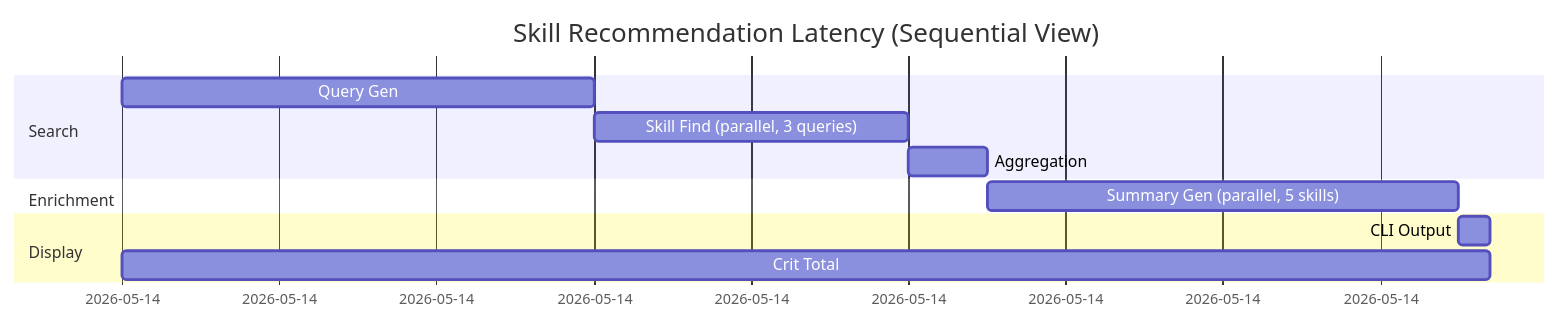
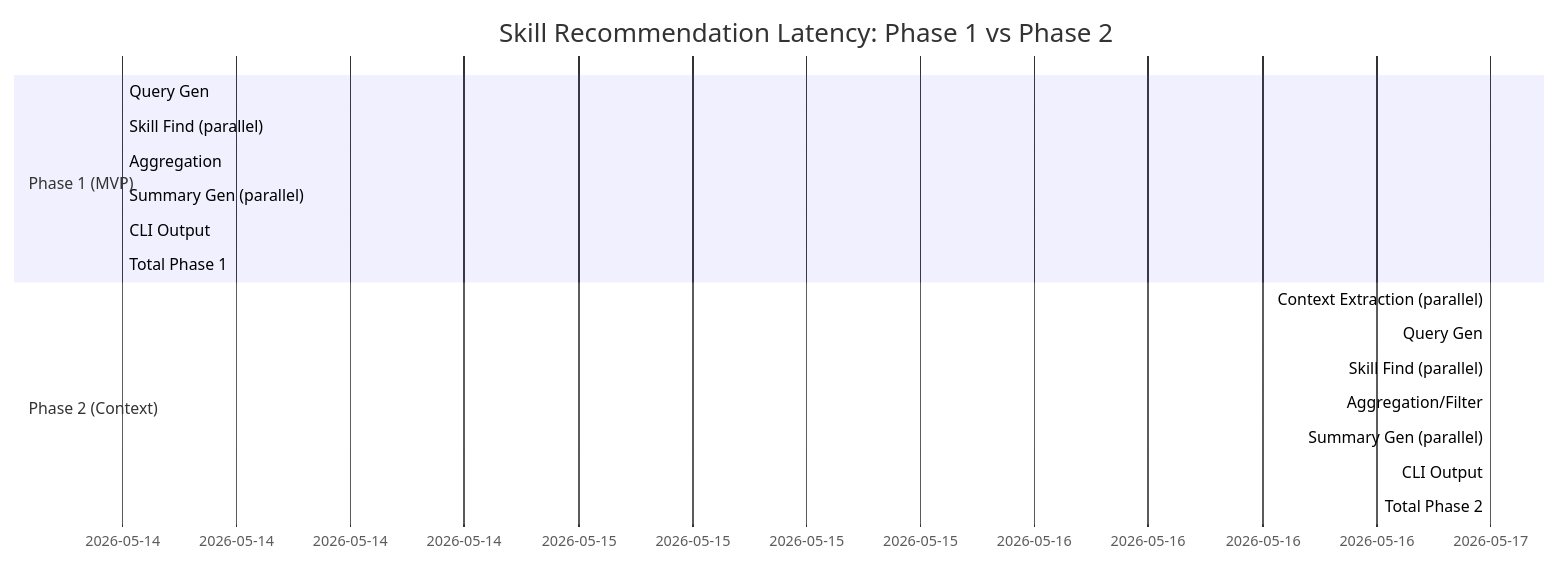
One commit to remyjkim/darwinian-worker changed the tenth of 17 diagrams in docs/plans/skill-recommendation/diagrams.md. Above: the diagram before and after it, drawn with Mermaid. The commit also changed other lines of this file and 1 other file, not shown here.

First line of the commit message:
docs: update Phase 2 with session logs, comprehensive diagrams

````diff
--- a/docs/plans/skill-recommendation/diagrams.md
+++ b/docs/plans/skill-recommendation/diagrams.md
@@ -281,18 +397,22 @@
 ```mermaid
 gantt
-    title Skill Recommendation Latency (Sequential View)
+    title Skill Recommendation Latency: Phase 1 vs Phase 2
     dateFormat YYYY-MM-DD
     
-    section Search
-    Query Gen :qg, 2026-05-14, 3s
-    Skill Find (parallel, 3 queries) :sf, after qg, 2s
-    Aggregation :agg, after sf, 0.5s
+    section Phase 1 (MVP)
+    Query Gen :q1, 2026-05-14, 3s
+    Skill Find (parallel) :s1, after q1, 2s
+    Aggregation :a1, after s1, 0.5s
+    Summary Gen (parallel) :e1, after a1, 3s
+    CLI Output :c1, after e1, 0.2s
+    Total Phase 1 :crit1, 2026-05-14, 8.7s
     
-    section Enrichment
-    Summary Gen (parallel, 5 skills) :en, after agg, 3s
-    
-    section Display
-    CLI Output :cli, after en, 0.2s
-    
-    Crit Total :total, 2026-05-14, 8.7s
+    section Phase 2 (Context)
+    Context Extraction (parallel) :ctx, 2026-05-17, 0.3s
+    Query Gen :q2, after ctx, 2.5s
+    Skill Find (parallel) :s2, after q2, 2s
+    Aggregation/Filter :a2, after s2, 0.5s
+    Summary Gen (parallel) :e2, after a2, 3s
+    CLI Output :c2, after e2, 0.2s
+    Total Phase 2 :crit2, 2026-05-17, 8.5s
 ```
````
